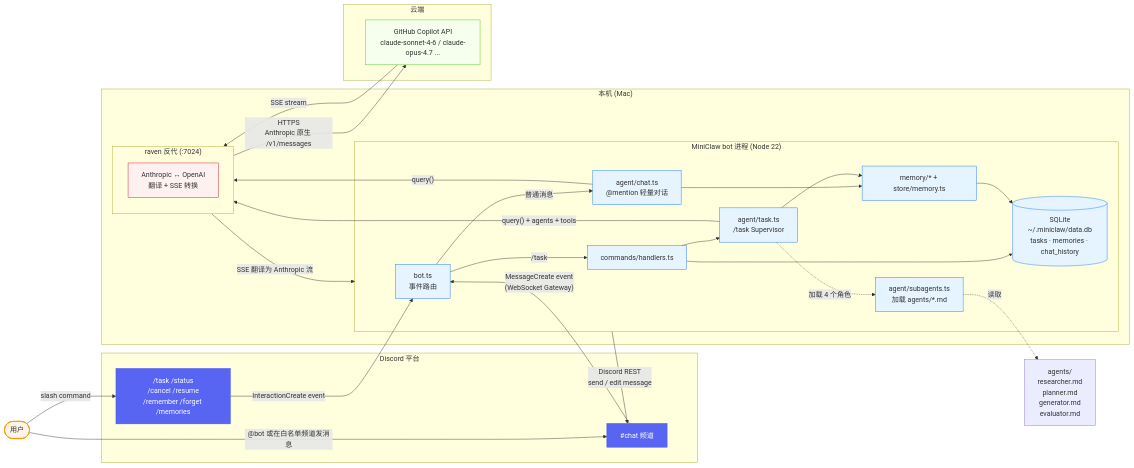
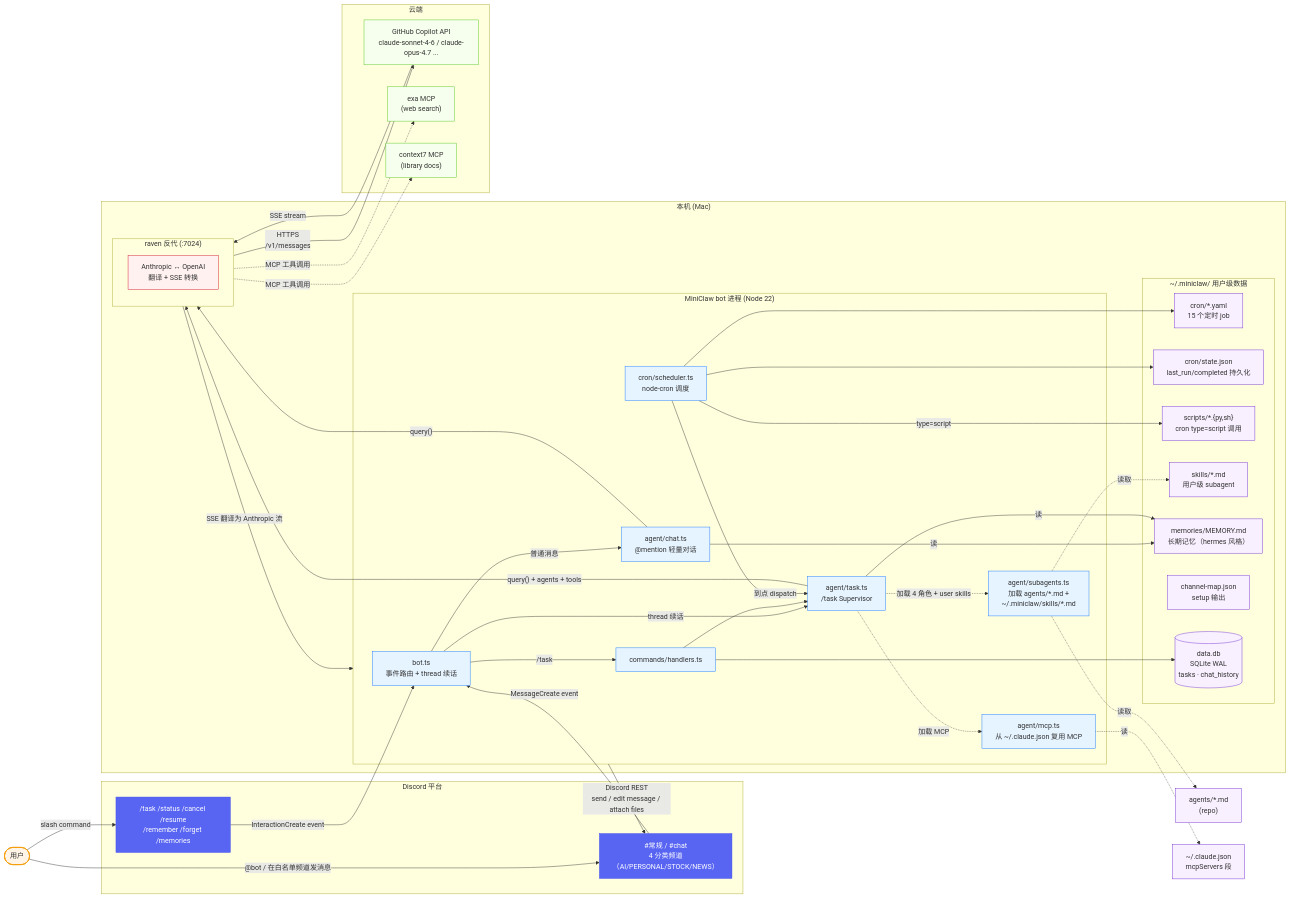
The first of 5 diagrams in docs/architecture.md (yuanyunfan/miniclaw), drawn with Mermaid before and after one commit. The commit also changed other lines of this file and 1 other file, not shown here.

First line of the commit message:
docs: 更新 architecture.md + bot-routing.md 反映最近所有改动

````diff
--- a/docs/architecture.md
+++ b/docs/architecture.md
@@ -12,19 +12,29 @@
     User([用户])
 
     subgraph Discord["Discord 平台"]
-        DC["#chat 频道"]
-        SC["/task /status<br/>/cancel /resume<br/>/remember /forget /memories"]
+        DC["#常规 / #chat<br/>4 分类频道（AI/PERSONAL/STOCK/NEWS）"]
+        SC["/task /status /cancel /resume<br/>/remember /forget /memories"]
     end
 
     subgraph LocalMac["本机 (Mac)"]
         subgraph MiniClaw["MiniClaw bot 进程 (Node 22)"]
-            BOT["bot.ts<br/>事件路由"]
+            BOT["bot.ts<br/>事件路由 + thread 续话"]
             CHAT["agent/chat.ts<br/>@mention 轻量对话"]
             TASK["agent/task.ts<br/>/task Supervisor"]
             HANDLERS["commands/handlers.ts"]
-            SUBA["agent/subagents.ts<br/>加载 agents/*.md"]
-            MEM["memory/* + store/memory.ts"]
-            DB[("SQLite<br/>~/.miniclaw/data.db<br/>tasks · memories · chat_history")]
+            SUBA["agent/subagents.ts<br/>加载 agents/*.md +<br/>~/.miniclaw/skills/*.md"]
+            CRON["cron/scheduler.ts<br/>node-cron 调度"]
+            MCP["agent/mcp.ts<br/>从 ~/.claude.json 复用 MCP"]
+        end
+
+        subgraph UserCfg["~/.miniclaw/ 用户级数据"]
+            UC1["cron/*.yaml<br/>15 个定时 job"]
+            UC2["cron/state.json<br/>last_run/completed 持久化"]
+            UC3["scripts/*.{py,sh}<br/>cron type=script 调用"]
+            UC4["skills/*.md<br/>用户级 subagent"]
+            UC5["memories/MEMORY.md<br/>长期记忆（hermes 风格）"]
+            UC6["channel-map.json<br/>setup 输出"]
+            DB[("data.db<br/>SQLite WAL<br/>tasks · chat_history")]
         end
 
         subgraph Raven["raven 反代 (:7024)"]
@@ -34,41 +44,54 @@
 
     subgraph Cloud["云端"]
         COPILOT["GitHub Copilot API<br/>claude-sonnet-4-6 / claude-opus-4.7 ..."]
+        EXA["exa MCP<br/>(web search)"]
+        CTX7["context7 MCP<br/>(library docs)"]
     end
 
-    User -->|"@bot 或在白名单频道发消息"| DC
+    User -->|"@bot / 在白名单频道发消息"| DC
     User -->|"slash command"| SC
-    DC -->|"MessageCreate event<br/>(WebSocket Gateway)"| BOT
+    DC -->|"MessageCreate event"| BOT
     SC -->|"InteractionCreate event"| BOT
 
     BOT -->|"普通消息"| CHAT
+    BOT -->|"thread 续话"| TASK
     BOT -->|"/task"| HANDLERS
     HANDLERS --> TASK
+    CRON -->|"到点 dispatch"| TASK
+    CRON -->|"type=script"| UC3
 
     CHAT -->|"query()"| Raven
     TASK -->|"query() + agents + tools"| Raven
-    TASK -.->|"加载 4 个角色"| SUBA
-    SUBA -.->|"读取"| AGENTS["agents/<br/>researcher.md<br/>planner.md<br/>generator.md<br/>evaluator.md"]
+    TASK -.->|"加载 4 角色 + user skills"| SUBA
+    SUBA -.->|"读取"| AGENTS["agents/*.md<br/>(repo)"]
+    SUBA -.->|"读取"| UC4
+    TASK -.->|"加载 MCP"| MCP
+    MCP -.->|"读"| MCPCFG["~/.claude.json<br/>mcpServers 段"]
 
-    CHAT --> MEM
-    TASK --> MEM
+    CHAT -->|"读"| UC5
+    TASK -->|"读"| UC5
     HANDLERS --> DB
-    MEM --> DB
+    CRON --> UC1
+    CRON --> UC2
 
-    Raven -->|"HTTPS<br/>Anthropic 原生 /v1/messages"| COPILOT
+    Raven -->|"HTTPS<br/>/v1/messages"| COPILOT
     COPILOT -->|"SSE stream"| Raven
     Raven -->|"SSE 翻译为 Anthropic 流"| MiniClaw
+    Raven -.->|"MCP 工具调用"| EXA
+    Raven -.->|"MCP 工具调用"| CTX7
 
-    MiniClaw -->|"Discord REST<br/>send / edit message"| DC
+    MiniClaw -->|"Discord REST<br/>send / edit message / attach files"| DC
 
     classDef user fill:#fff4e6,stroke:#f59e0b,stroke-width:2px
     classDef discord fill:#5865f2,color:#fff,stroke:#404eed
     classDef miniclaw fill:#e6f4ff,stroke:#1677ff
+    classDef usercfg fill:#f9f0ff,stroke:#722ed1
     classDef raven fill:#fff1f0,stroke:#cf1322
     classDef cloud fill:#f6ffed,stroke:#52c41a
     class User user
     class DC,SC discord
-    class BOT,CHAT,TASK,HANDLERS,SUBA,MEM,DB miniclaw
+    class BOT,CHAT,TASK,HANDLERS,SUBA,CRON,MCP miniclaw
+    class UC1,UC2,UC3,UC4,UC5,UC6,DB,AGENTS,MCPCFG usercfg
     class RAVEN raven
-    class COPILOT cloud
+    class COPILOT,EXA,CTX7 cloud
 ```
````
